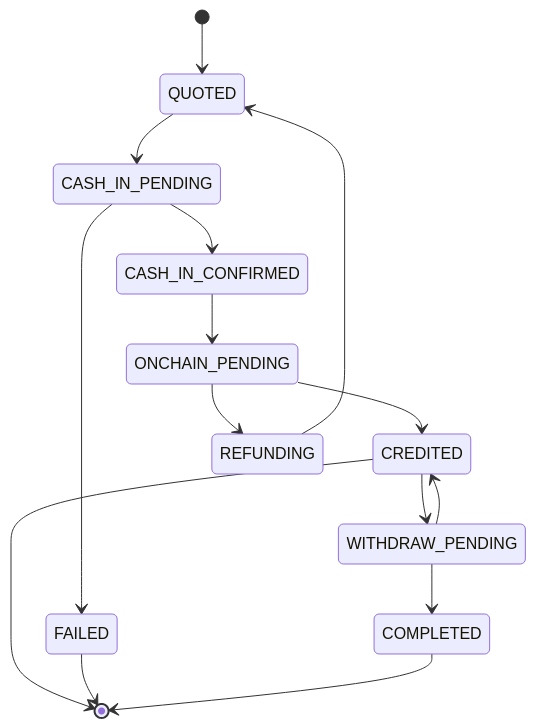
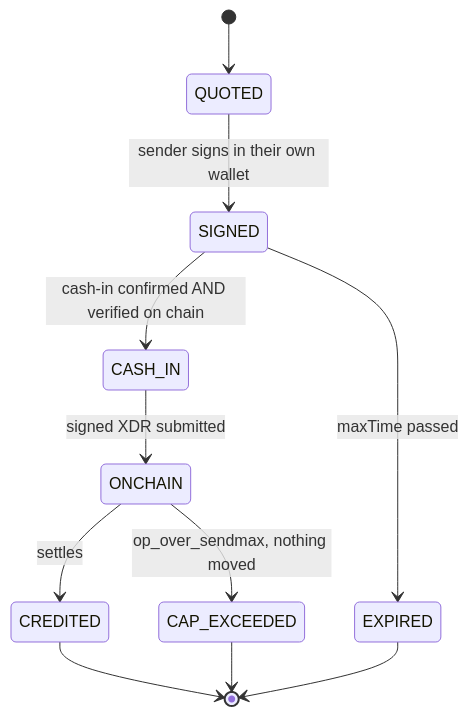
One commit to yigitcangokmen/corramoney changed the diagram in docs/ledger.md. Above: the diagram before and after it, drawn with Mermaid. The commit also changed other lines of this file and 8 other files, not shown here.

````diff
--- a/docs/ledger.md
+++ b/docs/ledger.md
@@ -61,17 +69,13 @@
 ```mermaid
 stateDiagram-v2
     [*] --> QUOTED
-    QUOTED --> CASH_IN_PENDING
-    CASH_IN_PENDING --> CASH_IN_CONFIRMED
-    CASH_IN_PENDING --> FAILED
-    CASH_IN_CONFIRMED --> ONCHAIN_PENDING
-    ONCHAIN_PENDING --> CREDITED
-    ONCHAIN_PENDING --> REFUNDING
-    REFUNDING --> QUOTED
-    CREDITED --> WITHDRAW_PENDING
+    QUOTED --> SIGNED: sender signs in their own wallet
+    SIGNED --> CASH_IN: cash-in confirmed AND verified on chain
+    SIGNED --> EXPIRED: maxTime passed
+    CASH_IN --> ONCHAIN: signed XDR submitted
+    ONCHAIN --> CREDITED: settles
+    ONCHAIN --> CAP_EXCEEDED: op_over_sendmax, nothing moved
     CREDITED --> [*]
-    WITHDRAW_PENDING --> COMPLETED
-    WITHDRAW_PENDING --> CREDITED
-    FAILED --> [*]
-    COMPLETED --> [*]
+    EXPIRED --> [*]
+    CAP_EXCEEDED --> [*]
 ```
````
